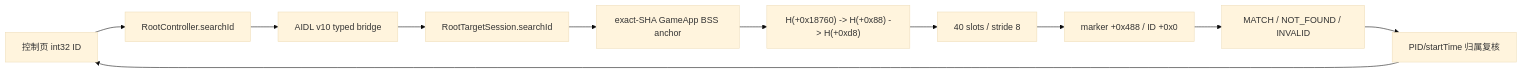
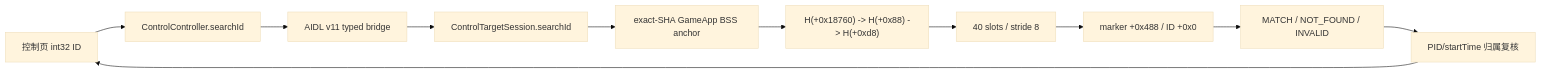
Before and after one commit to dartcv/minix: the third of 3 diagrams in docs/2026-08-17_逆向移植-MINIX功能接线-report.md, drawn with Mermaid (base theme). The commit also changed other lines of this file and 128 other files, not shown here.

Commit message:
Remove legacy root control scheme

````diff
--- a/docs/2026-08-17_逆向移植-MINIX功能接线-report.md
+++ b/docs/2026-08-17_逆向移植-MINIX功能接线-report.md
@@ -160,13 +160,13 @@
 ```mermaid
 flowchart LR
-    U["控制页 int32 ID"] --> C["RootController.searchId"]
-    C --> B["AIDL v10 typed bridge"]
-    B --> S["RootTargetSession.searchId"]
+    U["控制页 int32 ID"] --> C["ControlController.searchId"]
+    C --> B["AIDL v11 typed bridge"]
+    B --> S["ControlTargetSession.searchId"]
     S --> A["exact-SHA GameApp BSS anchor"]
     A --> H["H(+0x18760) -> H(+0x88) -> H(+0xd8)"]
     H --> L["40 slots / stride 8"]
     L --> V["marker +0x488 / ID +0x0"]
     V --> R["MATCH / NOT_FOUND / INVALID"]
     R --> P["PID/startTime 归属复核"]
     P --> U
 ```
````
